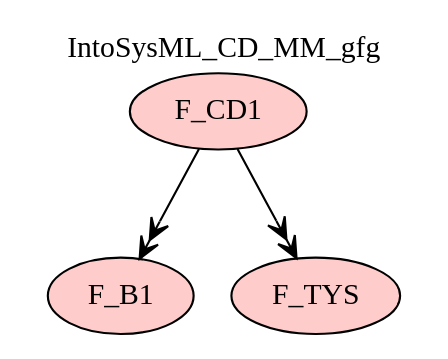
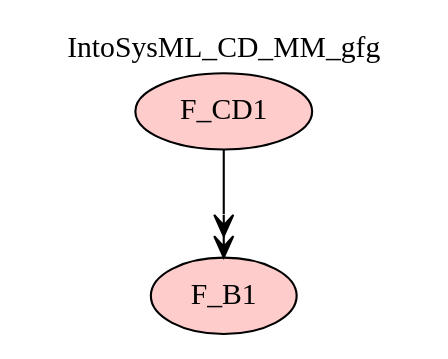
One commit to namalio/Fragmenta changed the diagram in Haskell/IntoSysML/MM/img/IntoSysML_CD_MM_gfg.gv. Above: the diagram before and after it, drawn with Graphviz. The commit also changed 129 other files, not shown here.

```diff
--- a/Haskell/IntoSysML/MM/img/IntoSysML_CD_MM_gfg.gv
+++ b/Haskell/IntoSysML/MM/img/IntoSysML_CD_MM_gfg.gv
@@ -1,8 +1,6 @@
 digraph {graph[label=IntoSysML_CD_MM_gfg,labelloc=tl,labelfontsize=12];
 "F_B1"[shape=oval,fillcolor="#FFCCCC",style ="filled",label="F_B1"];
-"F_TYS"[shape=oval,fillcolor="#FFCCCC",style ="filled",label="F_TYS"];
 "F_CD1"[shape=oval,fillcolor="#FFCCCC",style ="filled",label="F_CD1"];
 
 "F_CD1"->"F_B1"[label=" ",arrowhead=veevee];
-"F_CD1"->"F_TYS"[label=" ",arrowhead=veevee];
 }
```
